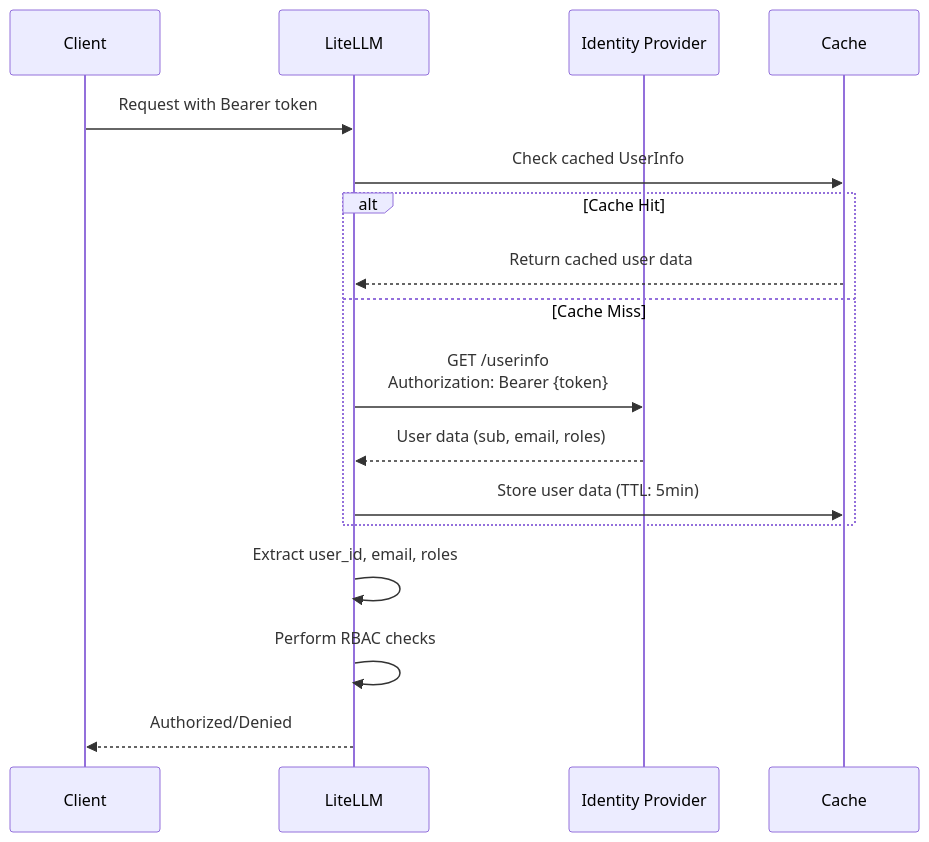
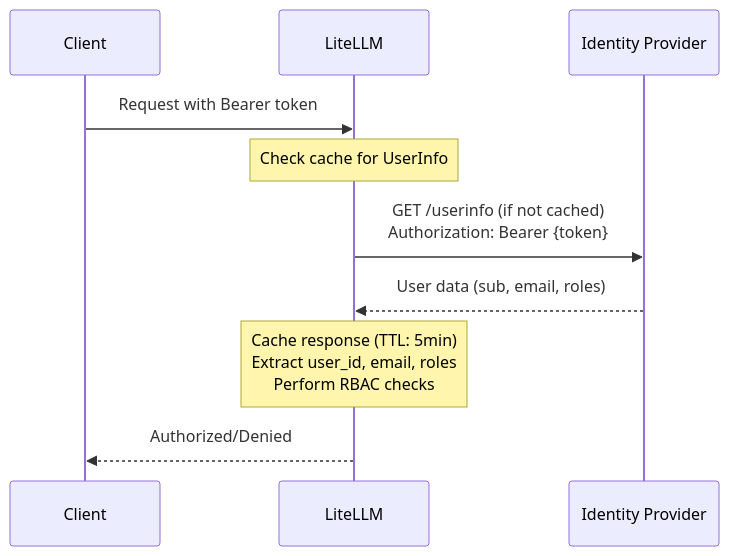
One commit to BerriAI/litellm changed the diagram in docs/my-website/docs/proxy/token_auth.md. Above: the diagram before and after it, drawn with Mermaid. The commit also changed other lines of this file, not shown here.

Commit message:
docs fix diagram

````diff
--- a/docs/my-website/docs/proxy/token_auth.md
+++ b/docs/my-website/docs/proxy/token_auth.md
@@ -439,22 +439,16 @@
 ```mermaid
 sequenceDiagram
     participant Client
     participant LiteLLM
     participant IdP as Identity Provider
-    participant Cache
 
     Client->>LiteLLM: Request with Bearer token
-    LiteLLM->>Cache: Check cached UserInfo
+    Note over LiteLLM: Check cache for UserInfo
     
-    alt Cache Hit
-        Cache-->>LiteLLM: Return cached user data
-    else Cache Miss
-        LiteLLM->>IdP: GET /userinfo<br/>Authorization: Bearer {token}
-        IdP-->>LiteLLM: User data (sub, email, roles)
-        LiteLLM->>Cache: Store user data (TTL: 5min)
-    end
+    LiteLLM->>IdP: GET /userinfo (if not cached)<br/>Authorization: Bearer {token}
+    IdP-->>LiteLLM: User data (sub, email, roles)
     
-    LiteLLM->>LiteLLM: Extract user_id, email, roles
-    LiteLLM->>LiteLLM: Perform RBAC checks
+    Note over LiteLLM: Cache response (TTL: 5min)<br/>Extract user_id, email, roles<br/>Perform RBAC checks
+    
     LiteLLM-->>Client: Authorized/Denied
 ```
````
